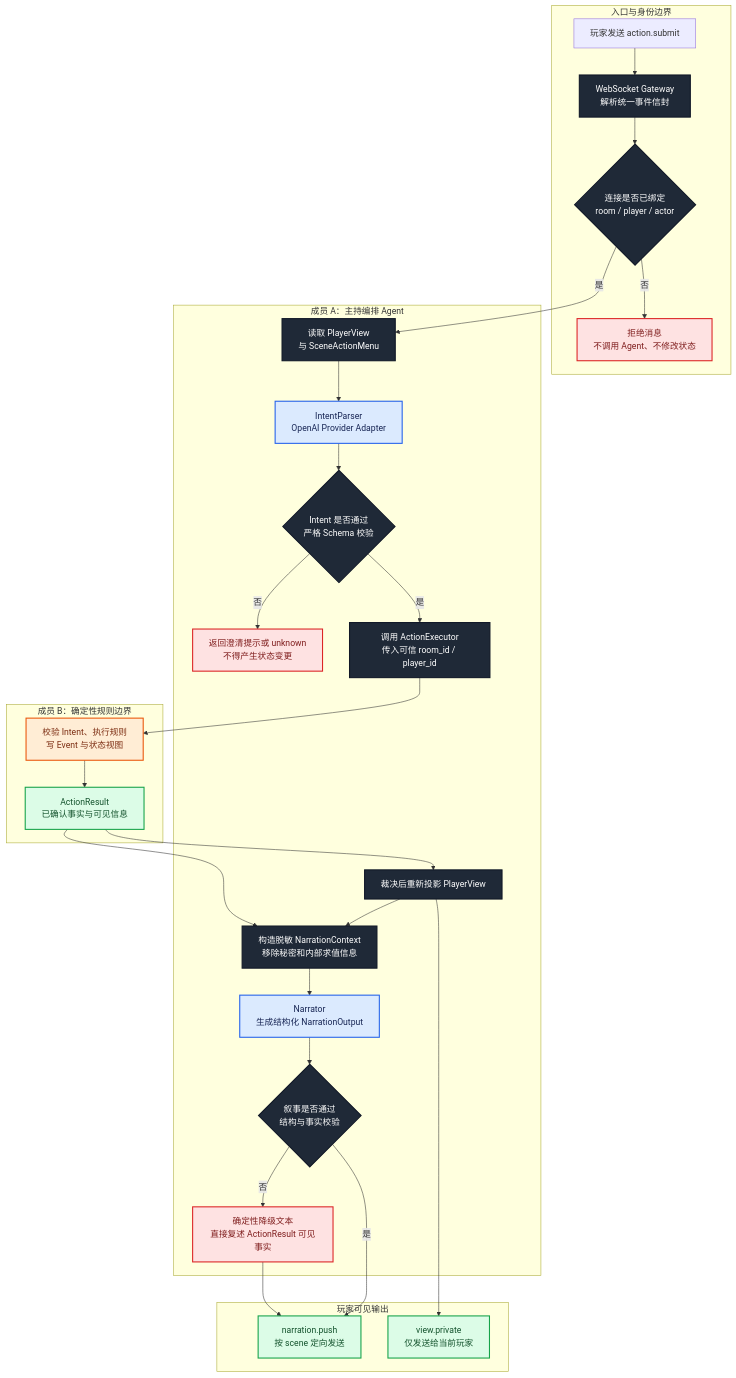
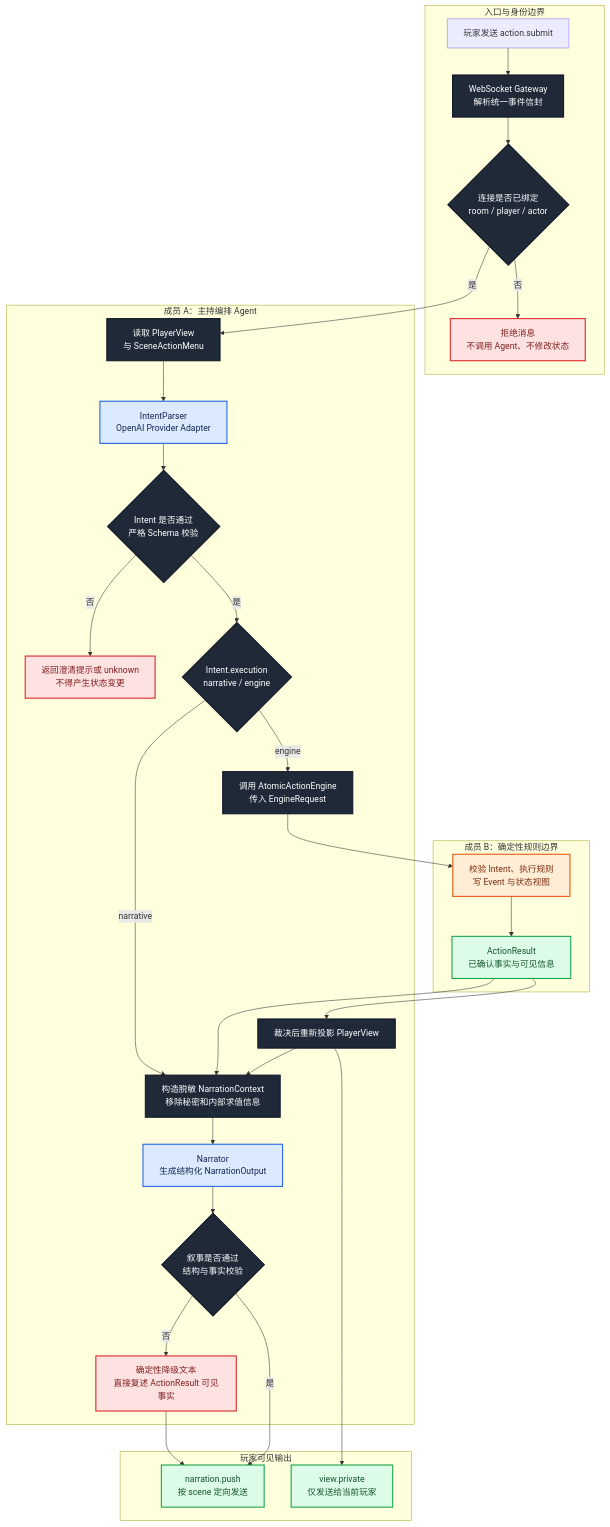
Before and after one commit to 1024XEngineer/TRPG-master: the diagram in agent-collaboration-framework/docs/成员A-主持编排Agent流程架构.md, drawn with Mermaid. The commit also changed other lines of this file and 22 other files, not shown here.

````diff
--- a/agent-collaboration-framework/docs/成员A-主持编排Agent流程架构.md
+++ b/agent-collaboration-framework/docs/成员A-主持编排Agent流程架构.md
@@ -51,56 +51,59 @@
 ```mermaid
 flowchart TB
     subgraph ENTRY["入口与身份边界"]
         PLAYER["玩家发送 action.submit"]
         GATEWAY["WebSocket Gateway<br/>解析统一事件信封"]
         AUTH{"连接是否已绑定<br/>room / player / actor"}
         REJECT["拒绝消息<br/>不调用 Agent、不修改状态"]
     end
 
     subgraph HOST["成员 A：主持编排 Agent"]
         PROJECT["读取 PlayerView<br/>与 SceneActionMenu"]
         PARSER["IntentParser<br/>OpenAI Provider Adapter"]
         INTENT_OK{"Intent 是否通过<br/>严格 Schema 校验"}
         CLARIFY["返回澄清提示或 unknown<br/>不得产生状态变更"]
-        EXECUTOR["调用 ActionExecutor<br/>传入可信 room_id / player_id"]
+        EXEC_ROUTE{"Intent.execution<br/>narrative / engine"}
+        EXECUTOR["调用 AtomicActionEngine<br/>传入 EngineRequest"]
         REFRESH["裁决后重新投影 PlayerView"]
         CONTEXT["构造脱敏 NarrationContext<br/>移除秘密和内部求值信息"]
         NARRATOR["Narrator<br/>生成结构化 NarrationOutput"]
         NARRATION_OK{"叙事是否通过<br/>结构与事实校验"}
         FALLBACK["确定性降级文本<br/>直接复述 ActionResult 可见事实"]
     end
 
     subgraph ENGINE["成员 B：确定性规则边界"]
         RULES["校验 Intent、执行规则<br/>写 Event 与状态视图"]
         RESULT["ActionResult<br/>已确认事实与可见信息"]
     end
 
     subgraph OUTPUT["玩家可见输出"]
         PUSH["narration.push<br/>按 scene 定向发送"]
         PRIVATE["view.private<br/>仅发送给当前玩家"]
     end
 
     PLAYER --> GATEWAY --> AUTH
     AUTH -->|"否"| REJECT
     AUTH -->|"是"| PROJECT --> PARSER --> INTENT_OK
     INTENT_OK -->|"否"| CLARIFY
-    INTENT_OK -->|"是"| EXECUTOR --> RULES --> RESULT
+    INTENT_OK -->|"是"| EXEC_ROUTE
+    EXEC_ROUTE -->|"narrative"| CONTEXT
+    EXEC_ROUTE -->|"engine"| EXECUTOR --> RULES --> RESULT
     RESULT --> REFRESH
     RESULT --> CONTEXT
     REFRESH --> CONTEXT --> NARRATOR --> NARRATION_OK
     NARRATION_OK -->|"否"| FALLBACK --> PUSH
     NARRATION_OK -->|"是"| PUSH
     REFRESH --> PRIVATE
 
     classDef agent fill:#dbeafe,stroke:#2563eb,color:#172554,stroke-width:2px;
     classDef deterministic fill:#1f2937,stroke:#111827,color:#ffffff,stroke-width:2px;
     classDef engine fill:#ffedd5,stroke:#ea580c,color:#7c2d12,stroke-width:2px;
     classDef output fill:#dcfce7,stroke:#16a34a,color:#14532d,stroke-width:2px;
     classDef failure fill:#fee2e2,stroke:#dc2626,color:#7f1d1d,stroke-width:2px;
 
     class PARSER,NARRATOR agent;
-    class GATEWAY,AUTH,PROJECT,INTENT_OK,EXECUTOR,REFRESH,CONTEXT,NARRATION_OK deterministic;
+    class GATEWAY,AUTH,PROJECT,INTENT_OK,EXEC_ROUTE,EXECUTOR,REFRESH,CONTEXT,NARRATION_OK deterministic;
     class RULES engine;
     class RESULT,PUSH,PRIVATE output;
     class REJECT,CLARIFY,FALLBACK failure;
 ```
````
